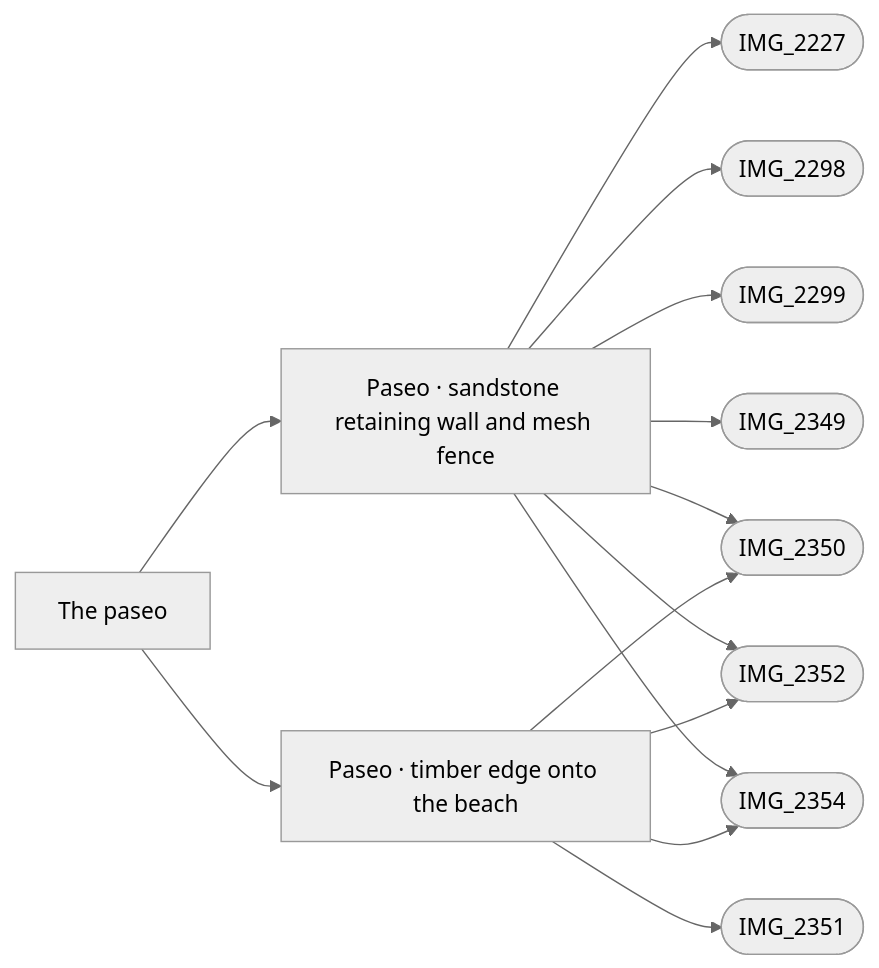
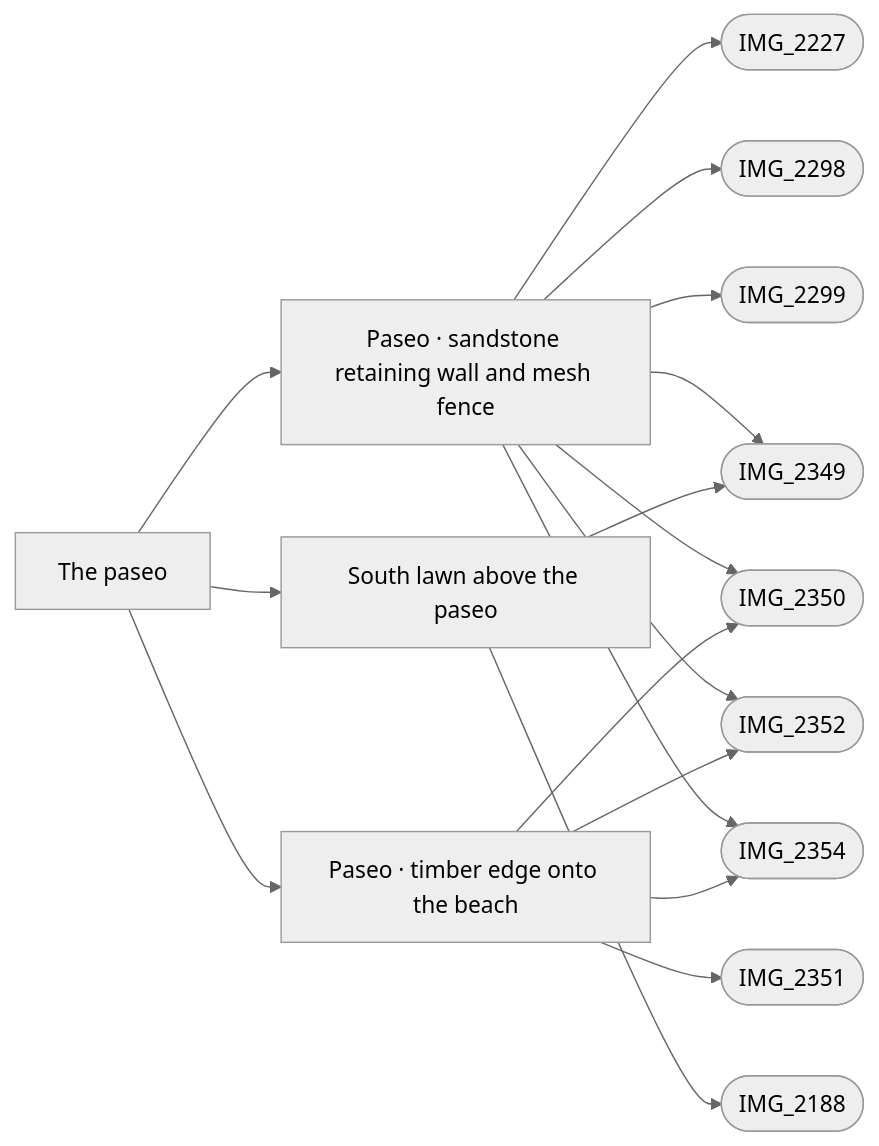
One commit to daveyboyc/villacana-venture changed the diagram in refs/areas/paseo.md. Above: the diagram before and after it, drawn with Mermaid (neutral theme). The commit also changed other lines of this file and 20 other files, not shown here.

Commit message:
Reconcile south lawn sandstone wall across map mesh and collision (#37)

````diff
--- a/refs/areas/paseo.md
+++ b/refs/areas/paseo.md
@@ -40,17 +40,20 @@
 ```mermaid
 graph LR
   A["The paseo"]
   A --> F0["Paseo · sandstone retaining wall and mesh fence"]
   F0 --> PIMG_2227_jpg(["IMG_2227"])
   F0 --> PIMG_2298_jpg(["IMG_2298"])
   F0 --> PIMG_2299_jpg(["IMG_2299"])
   F0 --> PIMG_2349_jpg(["IMG_2349"])
   F0 --> PIMG_2350_jpg(["IMG_2350"])
   F0 --> PIMG_2352_jpg(["IMG_2352"])
   F0 --> PIMG_2354_jpg(["IMG_2354"])
   A --> F1["Paseo · timber edge onto the beach"]
   F1 --> PIMG_2350_jpg(["IMG_2350"])
   F1 --> PIMG_2351_jpg(["IMG_2351"])
   F1 --> PIMG_2352_jpg(["IMG_2352"])
   F1 --> PIMG_2354_jpg(["IMG_2354"])
+  A --> F2["South lawn above the paseo"]
+  F2 --> PIMG_2188_jpg(["IMG_2188"])
+  F2 --> PIMG_2349_jpg(["IMG_2349"])
 ```
````
